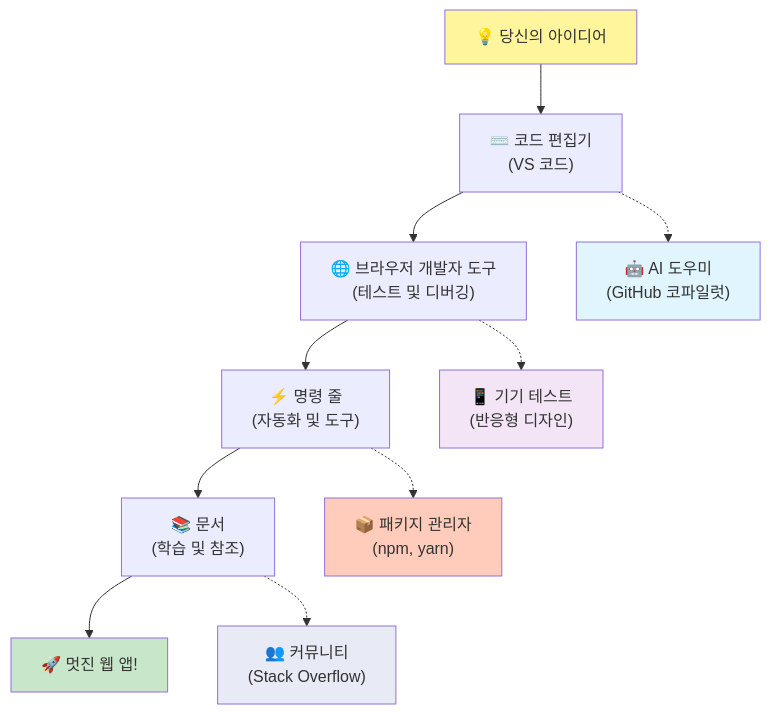
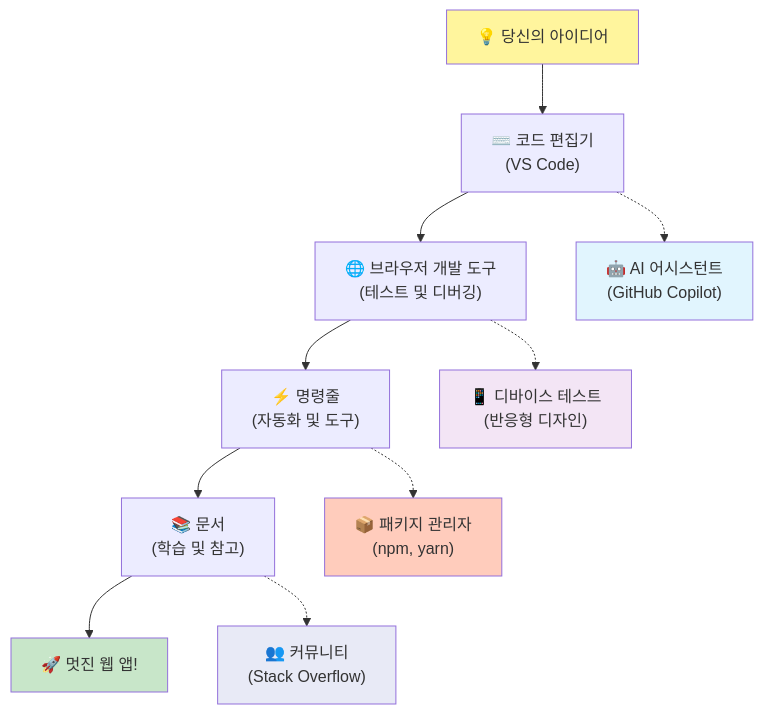
Before and after one commit to microsoft/Web-Dev-For-Beginners: the fifth of 7 diagrams in translations/ko/1-getting-started-lessons/1-intro-to-programming-languages/README.md, drawn with Mermaid. The commit also changed other lines of this file and 8 other files, not shown here.

````diff
--- a/translations/ko/1-getting-started-lessons/1-intro-to-programming-languages/README.md
+++ b/translations/ko/1-getting-started-lessons/1-intro-to-programming-languages/README.md
@@ -487,20 +487,20 @@
 ```mermaid
 graph TD
-    A["💡 당신의 아이디어"] --> B["⌨️ 코드 편집기<br/>(VS 코드)"] 
-    B --> C["🌐 브라우저 개발자 도구<br/>(테스트 및 디버깅)"]
-    C --> D["⚡ 명령 줄<br/>(자동화 및 도구)"]
-    D --> E["📚 문서<br/>(학습 및 참조)"]
+    A["💡 당신의 아이디어"] --> B["⌨️ 코드 편집기<br/>(VS Code)"] 
+    B --> C["🌐 브라우저 개발 도구<br/>(테스트 및 디버깅)"]
+    C --> D["⚡ 명령줄<br/>(자동화 및 도구)"]
+    D --> E["📚 문서<br/>(학습 및 참고)"]
     E --> F["🚀 멋진 웹 앱!"]
     
-    B -.-> G["🤖 AI 도우미<br/>(GitHub 코파일럿)"]
-    C -.-> H["📱 기기 테스트<br/>(반응형 디자인)"]
+    B -.-> G["🤖 AI 어시스턴트<br/>(GitHub Copilot)"]
+    C -.-> H["📱 디바이스 테스트<br/>(반응형 디자인)"]
     D -.-> I["📦 패키지 관리자<br/>(npm, yarn)"]
     E -.-> J["👥 커뮤니티<br/>(Stack Overflow)"]
     
     style A fill:#fff59d
     style F fill:#c8e6c9
     style G fill:#e1f5fe
     style H fill:#f3e5f5
     style I fill:#ffccbc
     style J fill:#e8eaf6
 ```  
````
